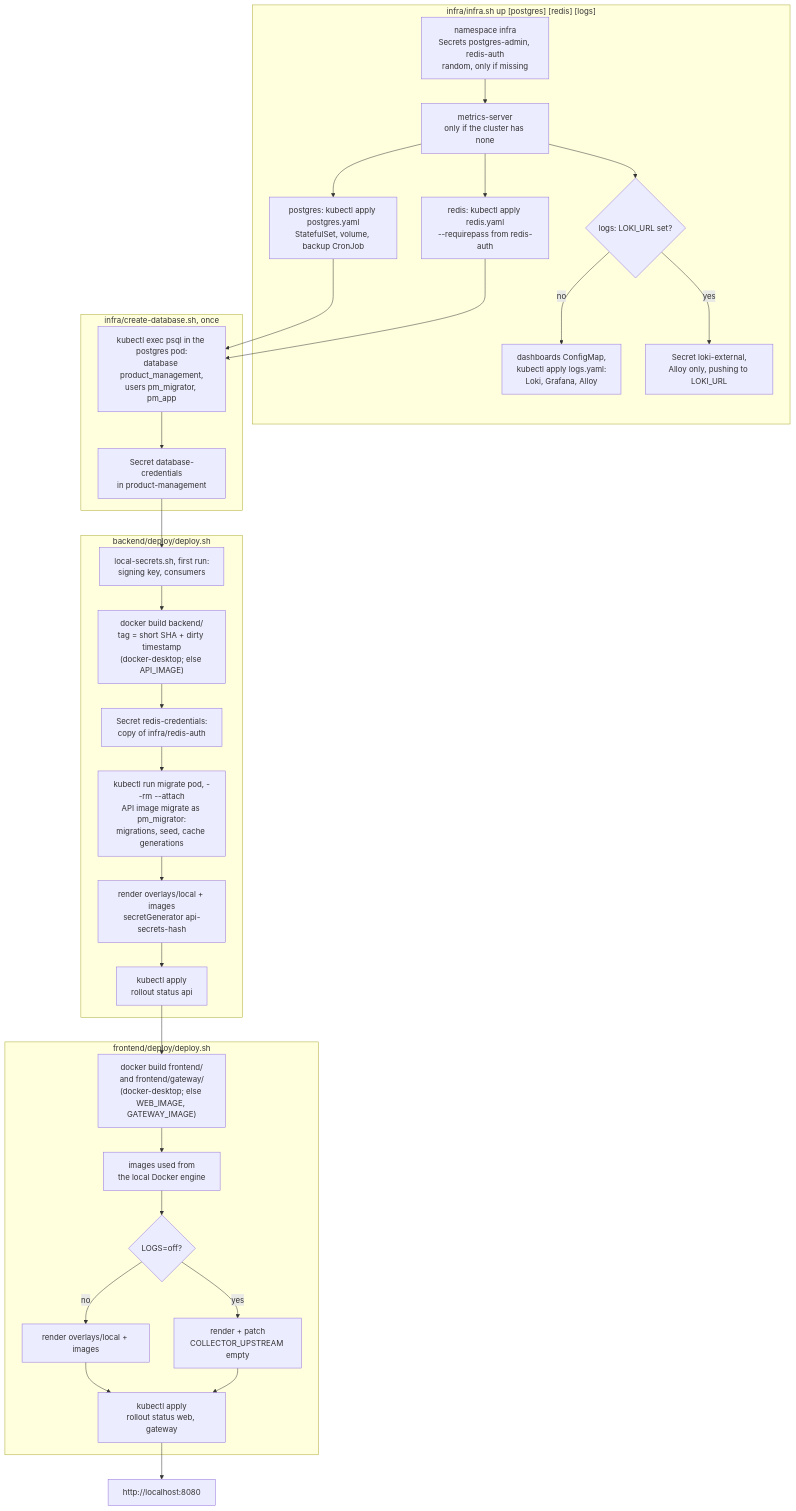
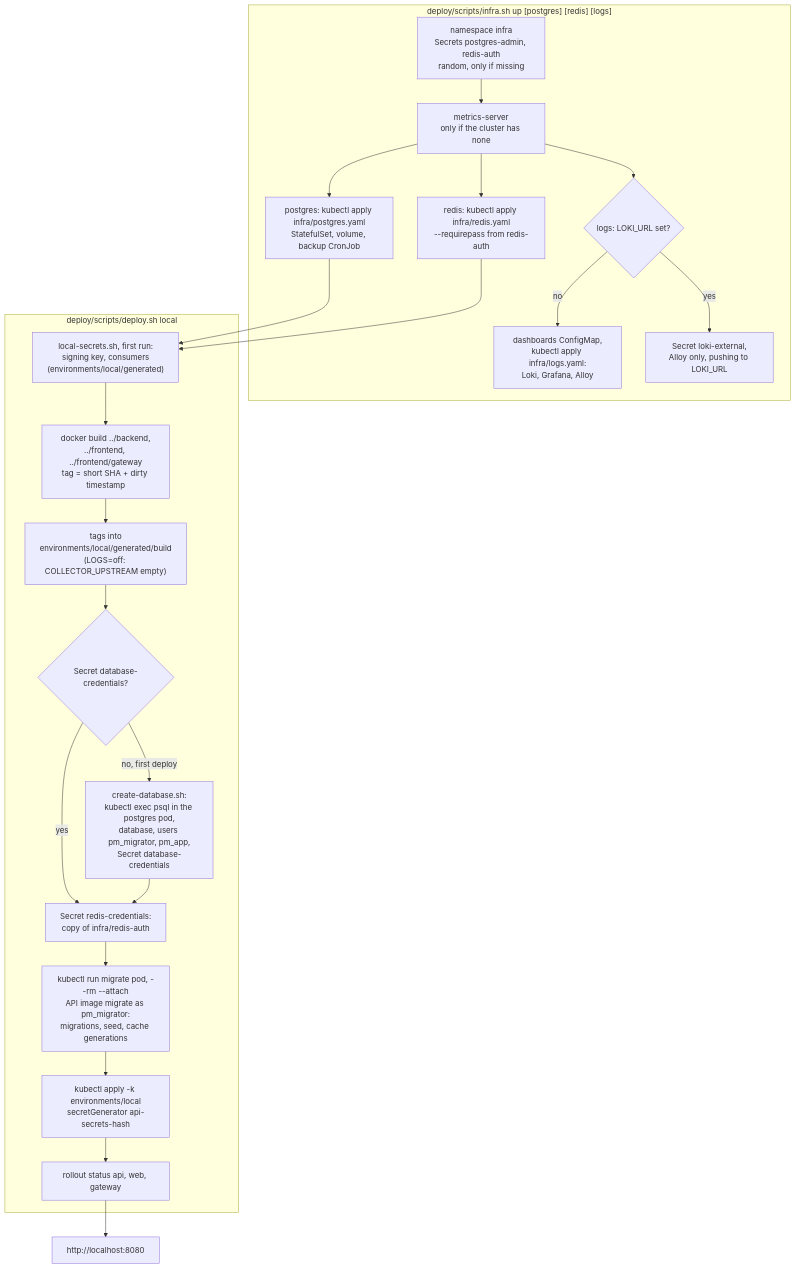
One commit to RubenCipriano/zeiss-product-management changed diagram 13 of 18 in docs/flows.md. Above: the diagram before and after it, drawn with Mermaid. The commit also changed other lines of this file and 28 other files, not shown here.

First line of the commit message:
docs: describe the deploy repository and the GitOps flow

````diff
--- a/docs/flows.md
+++ b/docs/flows.md
@@ -645,36 +645,26 @@
 ```mermaid
 flowchart TD
-    subgraph infra["infra/infra.sh up [postgres] [redis] [logs]"]
+    subgraph infra["deploy/scripts/infra.sh up [postgres] [redis] [logs]"]
         i0["namespace infra<br/>Secrets postgres-admin, redis-auth<br/>random, only if missing"] --> i0b["metrics-server<br/>only if the cluster has none"]
-        i0b --> i1["postgres: kubectl apply postgres.yaml<br/>StatefulSet, volume, backup CronJob"]
-        i0b --> i3["redis: kubectl apply redis.yaml<br/>--requirepass from redis-auth"]
+        i0b --> i1["postgres: kubectl apply infra/postgres.yaml<br/>StatefulSet, volume, backup CronJob"]
+        i0b --> i3["redis: kubectl apply infra/redis.yaml<br/>--requirepass from redis-auth"]
         i0b --> i4{"logs: LOKI_URL set?"}
-        i4 -->|"no"| i5["dashboards ConfigMap,<br/>kubectl apply logs.yaml:<br/>Loki, Grafana, Alloy"]
+        i4 -->|"no"| i5["dashboards ConfigMap,<br/>kubectl apply infra/logs.yaml:<br/>Loki, Grafana, Alloy"]
         i4 -->|"yes"| i6["Secret loki-external,<br/>Alloy only, pushing to LOKI_URL"]
     end
 
-    subgraph db["infra/create-database.sh, once"]
-        d1["kubectl exec psql in the postgres pod:<br/>database product_management,<br/>users pm_migrator, pm_app"] --> d2["Secret database-credentials<br/>in product-management"]
+    subgraph local["deploy/scripts/deploy.sh local"]
+        l0["local-secrets.sh, first run:<br/>signing key, consumers<br/>(environments/local/generated)"] --> l1["docker build ../backend,<br/>../frontend, ../frontend/gateway<br/>tag = short SHA + dirty timestamp"]
+        l1 --> l2["tags into<br/>environments/local/generated/build<br/>(LOGS=off: COLLECTOR_UPSTREAM empty)"]
+        l2 --> l3{"Secret database-credentials?"}
+        l3 -->|"no, first deploy"| d1["create-database.sh:<br/>kubectl exec psql in the postgres pod,<br/>database, users pm_migrator, pm_app,<br/>Secret database-credentials"]
+        l3 -->|"yes"| l4
+        d1 --> l4["Secret redis-credentials:<br/>copy of infra/redis-auth"]
+        l4 --> l5["kubectl run migrate pod, --rm --attach<br/>API image migrate as pm_migrator:<br/>migrations, seed, cache generations"]
+        l5 --> l6["kubectl apply -k environments/local<br/>secretGenerator api-secrets-hash"]
+        l6 --> l7["rollout status api, web, gateway"]
     end
 
-    subgraph backend["backend/deploy/deploy.sh"]
-        b0["local-secrets.sh, first run:<br/>signing key, consumers"] --> b1["docker build backend/<br/>tag = short SHA + dirty timestamp<br/>(docker-desktop; else API_IMAGE)"]
-        b1 --> b2["Secret redis-credentials:<br/>copy of infra/redis-auth"]
-        b2 --> b3["kubectl run migrate pod, --rm --attach<br/>API image migrate as pm_migrator:<br/>migrations, seed, cache generations"]
-        b3 --> b4["render overlays/local + images<br/>secretGenerator api-secrets-hash"]
-        b4 --> b5["kubectl apply<br/>rollout status api"]
-    end
-
-    subgraph frontend["frontend/deploy/deploy.sh"]
-        f1["docker build frontend/<br/>and frontend/gateway/<br/>(docker-desktop; else WEB_IMAGE, GATEWAY_IMAGE)"] --> f2["images used from<br/>the local Docker engine"]
-        f2 --> f3{"LOGS=off?"}
-        f3 -->|"no"| f4["render overlays/local + images"]
-        f3 -->|"yes"| f5["render + patch<br/>COLLECTOR_UPSTREAM empty"]
-        f4 & f5 --> f6["kubectl apply<br/>rollout status web, gateway"]
-    end
-
-    i1 & i3 --> d1
-    d2 --> b0
-    b5 --> f1
-    f6 --> done["http://localhost:8080"]
+    i1 & i3 --> l0
+    l7 --> done["http://localhost:8080"]
 ```
````
